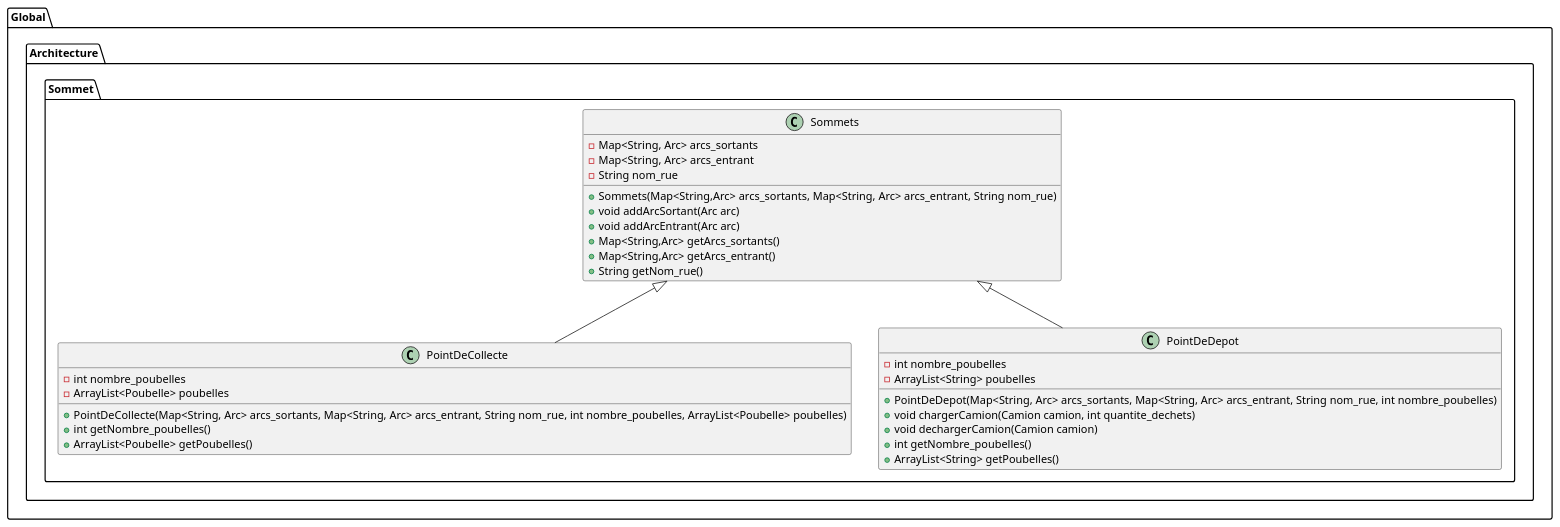
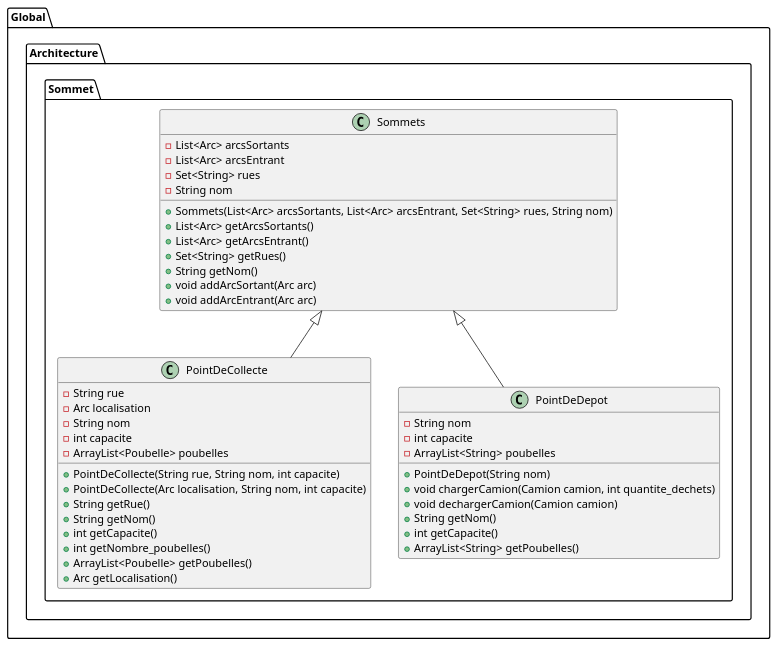
The diagram in src/Global/Architecture/Sommet/sommet.puml (Foxye-11/Projet-Java-Gestion-des-Dechets), drawn with PlantUML before and after one commit. The commit also changed 6 other files, not shown here.

Commit message:
diagramme de CLASSE

```diff
--- a/src/Global/Architecture/Sommet/sommet.puml
+++ b/src/Global/Architecture/Sommet/sommet.puml
@@ -1,39 +1,52 @@
 @startuml
 package Global.Architecture.Sommet {
 
     class Sommets {
-        - Map<String, Arc> arcs_sortants
-        - Map<String, Arc> arcs_entrant
-        - String nom_rue
+        - List<Arc> arcsSortants
+        - List<Arc> arcsEntrant
+        - Set<String> rues
+        - String nom
 
-        + Sommets(Map<String,Arc> arcs_sortants, Map<String, Arc> arcs_entrant, String nom_rue)
+        + Sommets(List<Arc> arcsSortants, List<Arc> arcsEntrant, Set<String> rues, String nom)
+        + List<Arc> getArcsSortants()
+        + List<Arc> getArcsEntrant()
+        + Set<String> getRues()
+        + String getNom()
         + void addArcSortant(Arc arc)
         + void addArcEntrant(Arc arc)
-        + Map<String,Arc> getArcs_sortants()
-        + Map<String,Arc> getArcs_entrant()
-        + String getNom_rue()
     }
 
     class PointDeCollecte {
-        - int nombre_poubelles
+        - String rue
+        - Arc localisation
+        - String nom
+        - int capacite
         - ArrayList<Poubelle> poubelles
 
-        + PointDeCollecte(Map<String, Arc> arcs_sortants, Map<String, Arc> arcs_entrant, String nom_rue, int nombre_poubelles, ArrayList<Poubelle> poubelles)
+        + PointDeCollecte(String rue, String nom, int capacite)
+        + PointDeCollecte(Arc localisation, String nom, int capacite)
+        + String getRue()
+        + String getNom()
+        + int getCapacite()
         + int getNombre_poubelles()
         + ArrayList<Poubelle> getPoubelles()
+        + Arc getLocalisation()
     }
 
     class PointDeDepot {
-        - int nombre_poubelles
+        - String nom
+        - int capacite
         - ArrayList<String> poubelles
 
-        + PointDeDepot(Map<String, Arc> arcs_sortants, Map<String, Arc> arcs_entrant, String nom_rue, int nombre_poubelles)
+        + PointDeDepot(String nom)
         + void chargerCamion(Camion camion, int quantite_dechets)
         + void dechargerCamion(Camion camion)
-        + int getNombre_poubelles()
+        + String getNom()
+        + int getCapacite()
         + ArrayList<String> getPoubelles()
     }
+
     Sommets <|-- PointDeCollecte
     Sommets <|-- PointDeDepot
 }
 @enduml
```
